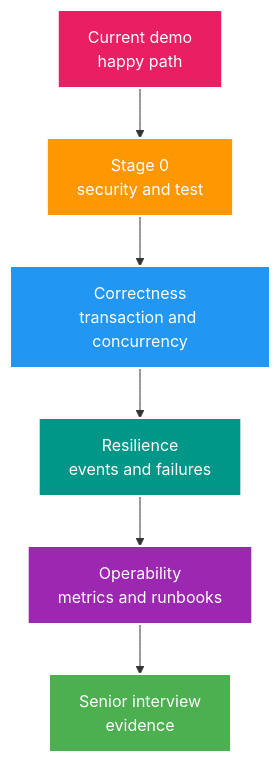
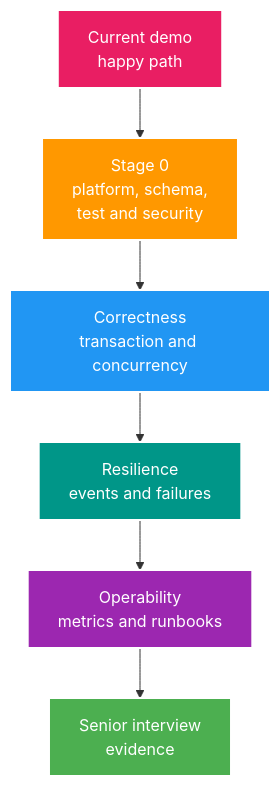
The diagram in docs/002_CURRENT_STATE_AND_GAP_ANALYSIS.md (HungPhan200591/live-stream-backend), drawn with Mermaid before and after one commit. The commit also changed other lines of this file and 18 other files, not shown here.

````diff
--- a/docs/002_CURRENT_STATE_AND_GAP_ANALYSIS.md
+++ b/docs/002_CURRENT_STATE_AND_GAP_ANALYSIS.md
@@ -14,15 +14,15 @@
 ```mermaid
 flowchart TB
-    N["Current demo<br/>happy path"] --> S["Stage 0<br/>security and test"]
+    N["Current demo<br/>happy path"] --> S["Stage 0<br/>platform, schema,<br/>test and security"]
     S --> C["Correctness<br/>transaction and concurrency"]
     C --> R["Resilience<br/>events and failures"]
     R --> O["Operability<br/>metrics and runbooks"]
     O --> I["Senior interview<br/>evidence"]
 
     style N fill:#E91E63,stroke:#fff,stroke-width:2px,color:#fff
     style S fill:#FF9800,stroke:#fff,stroke-width:2px,color:#fff
     style C fill:#2196F3,stroke:#fff,stroke-width:2px,color:#fff
     style R fill:#009688,stroke:#fff,stroke-width:2px,color:#fff
     style O fill:#9C27B0,stroke:#fff,stroke-width:2px,color:#fff
     style I fill:#4CAF50,stroke:#fff,stroke-width:2px,color:#fff
 ```
````
